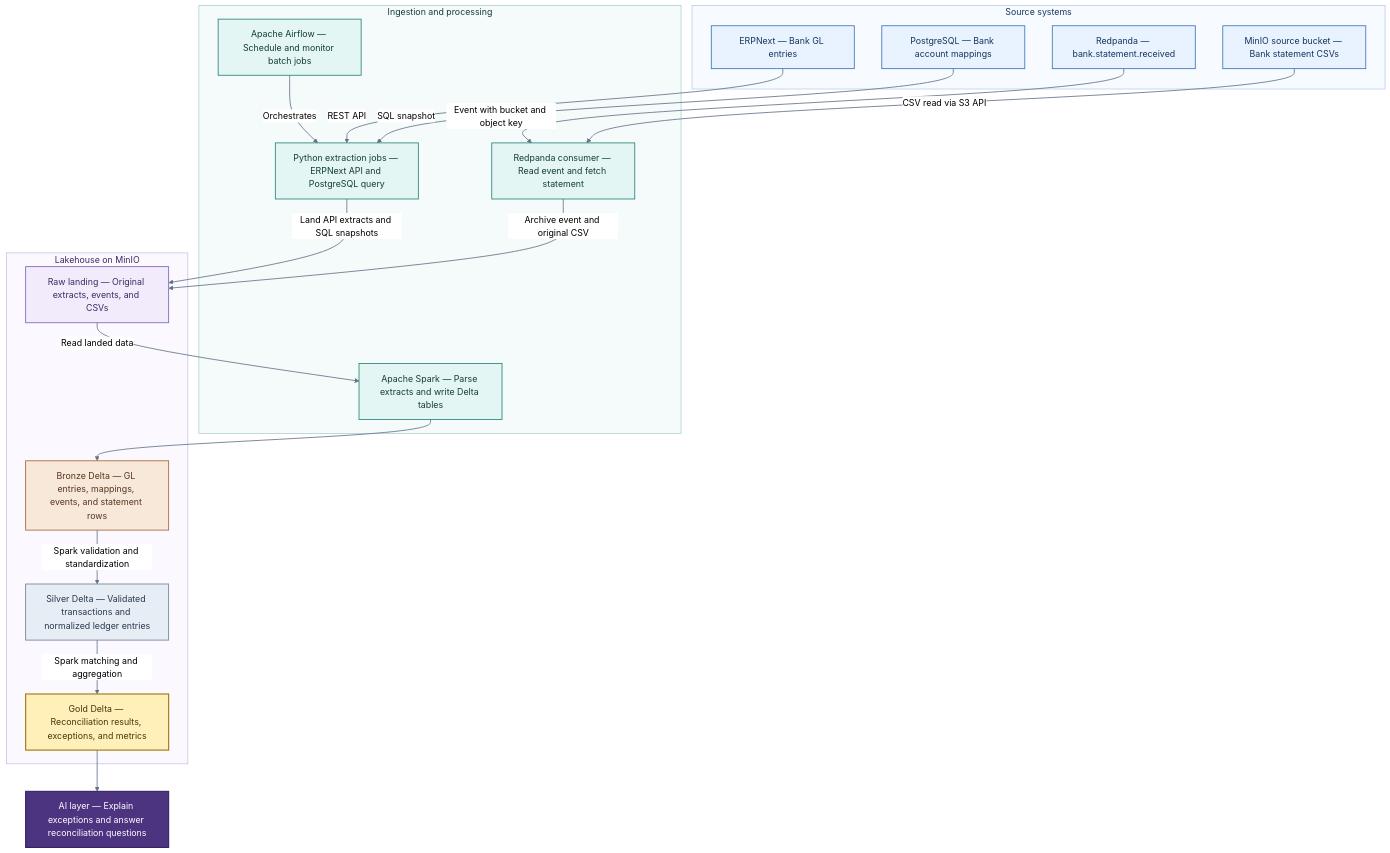
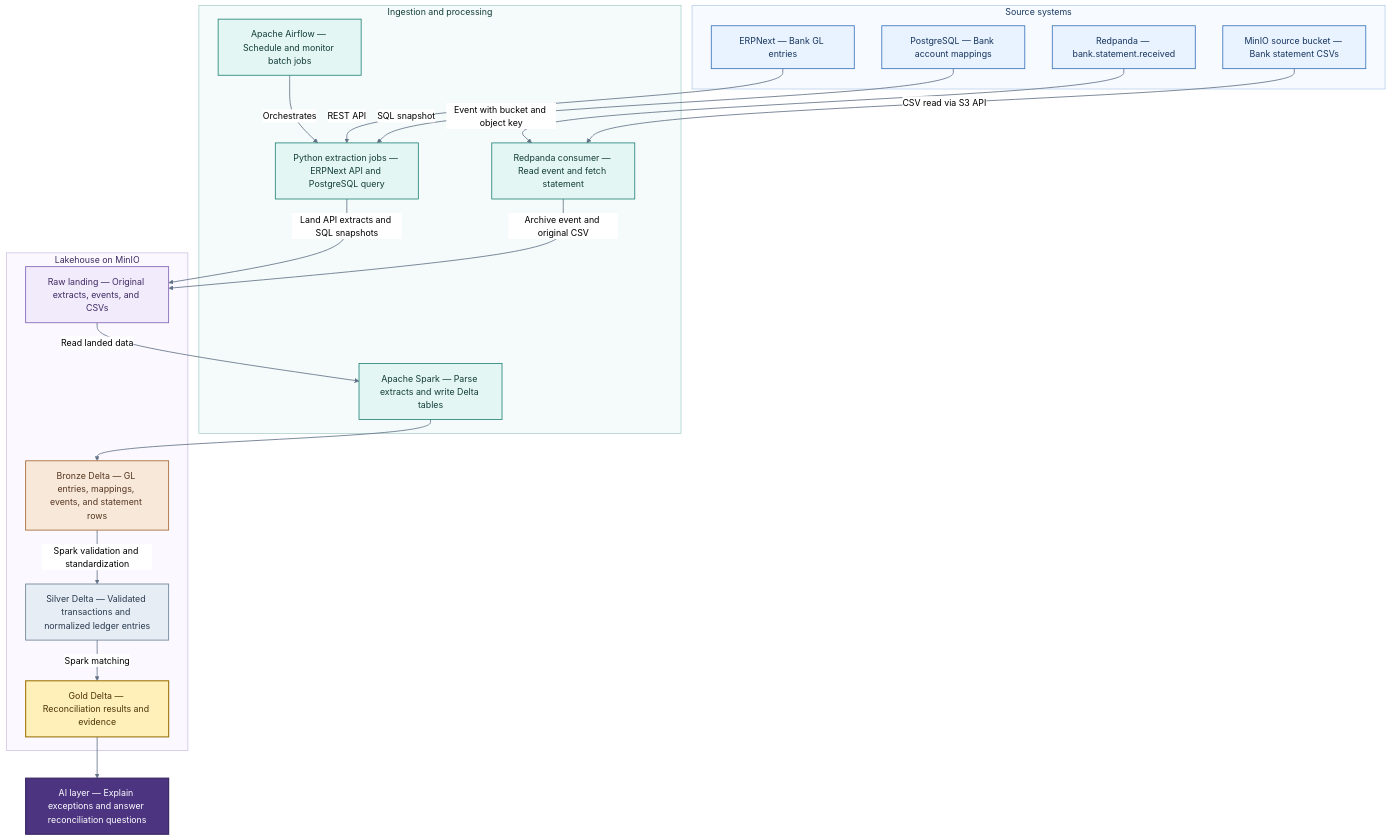
Before and after one commit to kirannc1/data-ai-platform: the diagram in data-platform/README.md, drawn with Mermaid (neutral theme). The commit also changed other lines of this file, not shown here.

````diff
--- a/data-platform/README.md
+++ b/data-platform/README.md
@@ -21,59 +37,59 @@
 ```mermaid
 flowchart TB
     subgraph SOURCES["Source systems"]
         ERP["ERPNext — Bank GL entries"]
         PG["PostgreSQL — Bank account mappings"]
         FILES["MinIO source bucket — Bank statement CSVs"]
         KAFKA["Redpanda — bank.statement.received"]
     end
 
     subgraph INGESTION["Ingestion and processing"]
         AIRFLOW["Apache Airflow — Schedule and monitor batch jobs"]
         BATCH["Python extraction jobs — ERPNext API and PostgreSQL query"]
         CONSUMER["Redpanda consumer — Read event and fetch statement"]
         SPARK["Apache Spark — Parse extracts and write Delta tables"]
 
         AIRFLOW -->|Orchestrates| BATCH
     end
 
     ERP -->|REST API| BATCH
     PG -->|SQL snapshot| BATCH
     KAFKA -->|Event with bucket and object key| CONSUMER
     FILES -->|CSV read via S3 API| CONSUMER
 
     subgraph LAKEHOUSE["Lakehouse on MinIO"]
         RAW["Raw landing — Original extracts, events, and CSVs"]
         BRONZE["Bronze Delta — GL entries, mappings, events, and statement rows"]
         SILVER["Silver Delta — Validated transactions and normalized ledger entries"]
-        GOLD["Gold Delta — Reconciliation results, exceptions, and metrics"]
+        GOLD["Gold Delta — Reconciliation results and evidence"]
     end
 
     BATCH -->|Land API extracts and SQL snapshots| RAW
     CONSUMER -->|Archive event and original CSV| RAW
     RAW -->|Read landed data| SPARK
     SPARK --> BRONZE
     BRONZE -->|Spark validation and standardization| SILVER
-    SILVER -->|Spark matching and aggregation| GOLD
+    SILVER -->|Spark matching| GOLD
     GOLD --> AI["AI layer — Explain exceptions and answer reconciliation questions"]
 
     classDef source fill:#E9F2FF,stroke:#3974BA,color:#15365E,stroke-width:1.5px
     classDef processing fill:#E4F6F3,stroke:#238378,color:#123D39,stroke-width:1.5px
     classDef raw fill:#F1EBFC,stroke:#8061B4,color:#3F2A62,stroke-width:1.5px
     classDef bronze fill:#F7E8D9,stroke:#A46432,color:#56351F,stroke-width:1.5px
     classDef silver fill:#E7EDF4,stroke:#6D8095,color:#27394D,stroke-width:1.5px
     classDef gold fill:#FFF0BA,stroke:#9F750E,color:#4C3405,stroke-width:2px
     classDef ai fill:#4C3481,stroke:#36225E,color:#FFFFFF,stroke-width:2px
 
     class ERP,PG,FILES,KAFKA source
     class AIRFLOW,BATCH,CONSUMER,SPARK processing
     class RAW raw
     class BRONZE bronze
     class SILVER silver
     class GOLD gold
     class AI ai
 
     style SOURCES fill:#F7FAFF,stroke:#9CBCE2,color:#15365E
     style INGESTION fill:#F4FBFA,stroke:#8CBEB8,color:#123D39
     style LAKEHOUSE fill:#FBF9FF,stroke:#BAAAD6,color:#3F2A62
     linkStyle default stroke:#627286,stroke-width:1.5px
 ```
````
